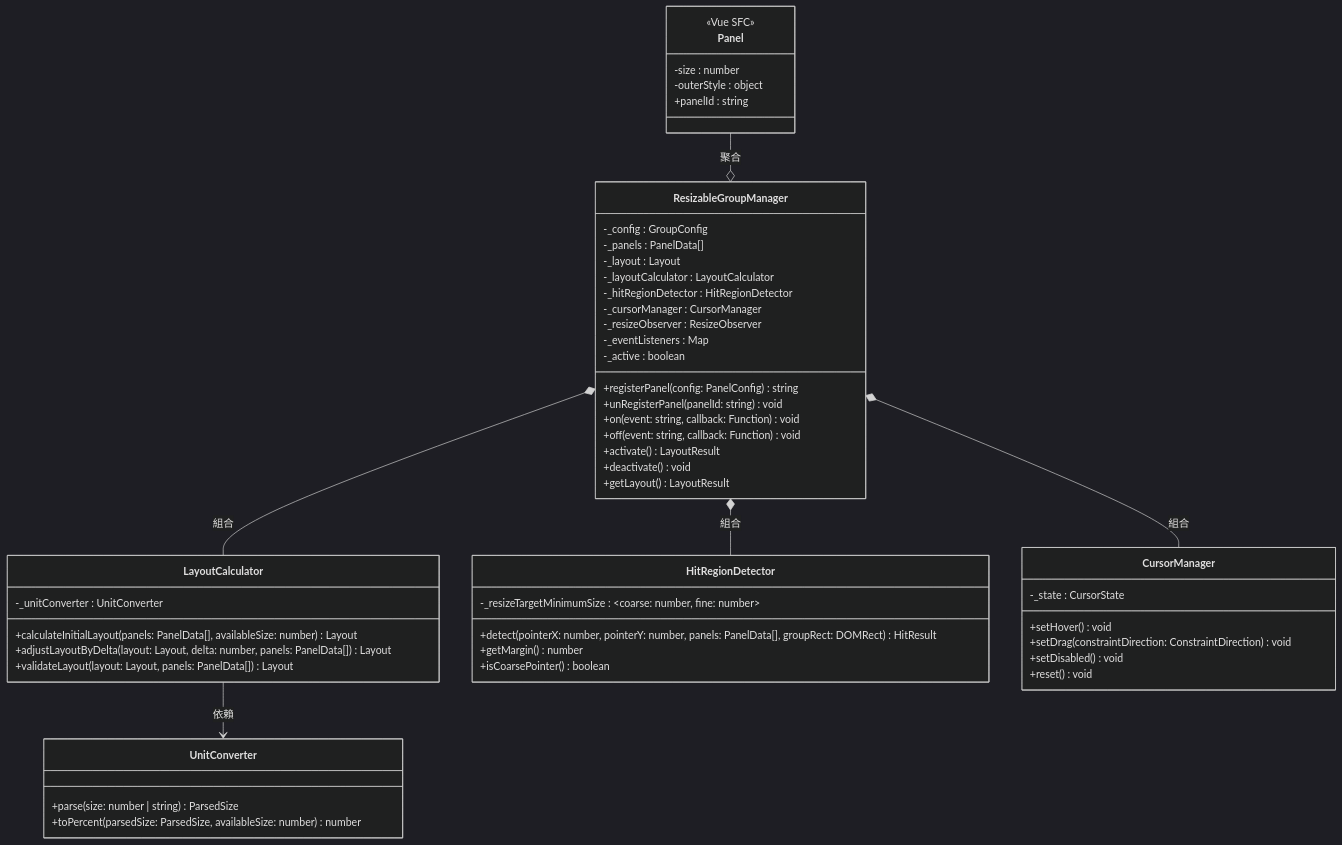
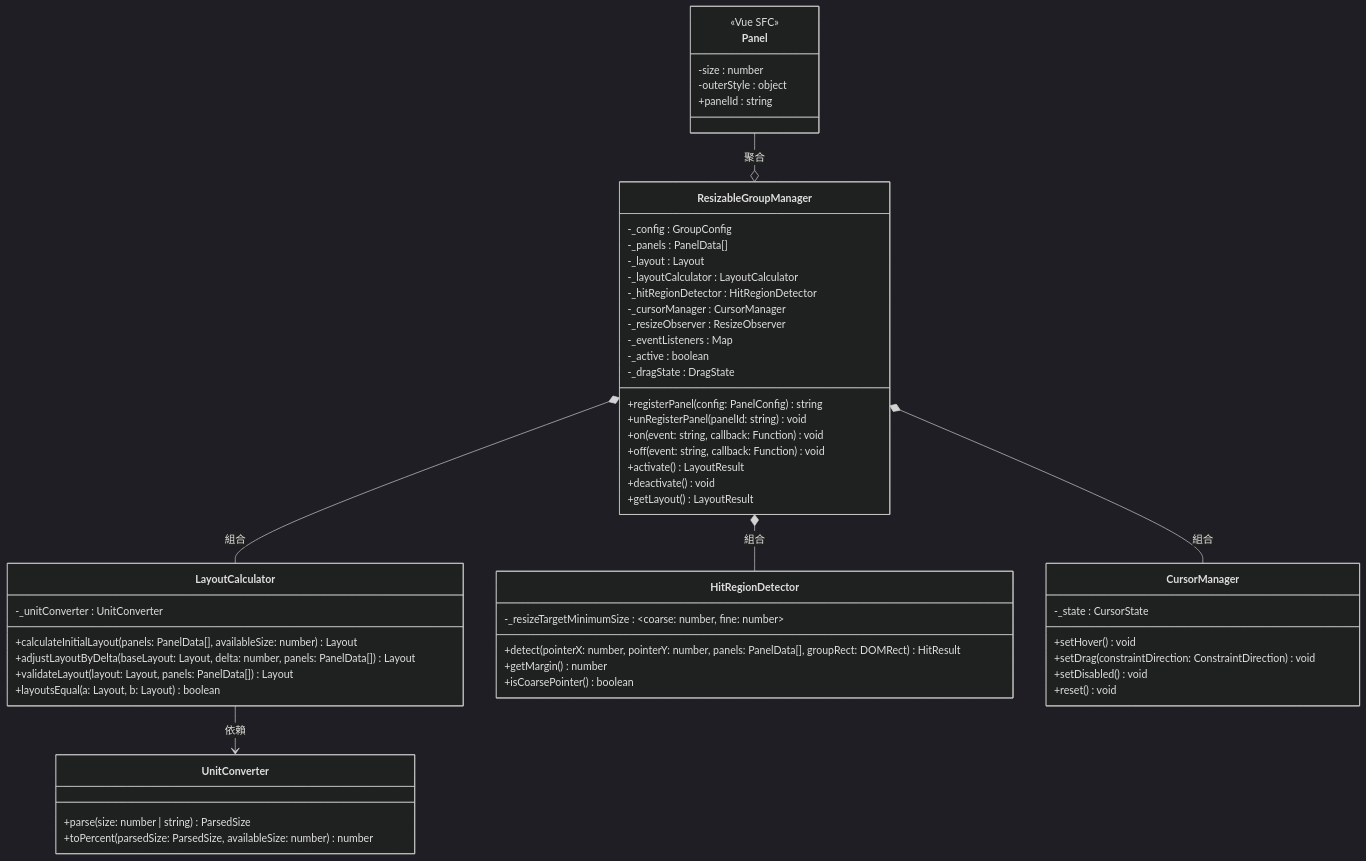
The first of 9 diagrams in V1-SA.md (laidasan/resizable-panel), drawn with Mermaid (dark theme) before and after one commit. The commit also changed other lines of this file and 9 other files, not shown here.

````diff
--- a/V1-SA.md
+++ b/V1-SA.md
@@ -21,63 +21,65 @@
 ```mermaid
 classDiagram
     direction TB
 
     class ResizableGroupManager {
         -_config : GroupConfig
         -_panels : PanelData[]
         -_layout : Layout
         -_layoutCalculator : LayoutCalculator
         -_hitRegionDetector : HitRegionDetector
         -_cursorManager : CursorManager
         -_resizeObserver : ResizeObserver
         -_eventListeners : Map
         -_active : boolean
+        -_dragState : DragState
         +registerPanel(config: PanelConfig) string
         +unRegisterPanel(panelId: string) void
         +on(event: string, callback: Function) void
         +off(event: string, callback: Function) void
         +activate() LayoutResult
         +deactivate() void
         +getLayout() LayoutResult
     }
 
     class LayoutCalculator {
         -_unitConverter : UnitConverter
         +calculateInitialLayout(panels: PanelData[], availableSize: number) Layout
-        +adjustLayoutByDelta(layout: Layout, delta: number, panels: PanelData[]) Layout
+        +adjustLayoutByDelta(baseLayout: Layout, delta: number, panels: PanelData[]) Layout
         +validateLayout(layout: Layout, panels: PanelData[]) Layout
+        +layoutsEqual(a: Layout, b: Layout) boolean
     }
 
     class UnitConverter {
         +parse(size: number | string) ParsedSize
         +toPercent(parsedSize: ParsedSize, availableSize: number) number
     }
 
     class HitRegionDetector {
         -_resizeTargetMinimumSize : ~coarse: number, fine: number~
         +detect(pointerX: number, pointerY: number, panels: PanelData[], groupRect: DOMRect) HitResult
         +getMargin() number
         +isCoarsePointer() boolean
     }
 
     class CursorManager {
         -_state : CursorState
         +setHover() void
         +setDrag(constraintDirection: ConstraintDirection) void
         +setDisabled() void
         +reset() void
     }
 
     class Panel {
         <<Vue SFC>>
         -size : number
         -outerStyle : object
         +panelId : string
     }
 
     ResizableGroupManager *-- LayoutCalculator : 組合
     ResizableGroupManager *-- HitRegionDetector : 組合
     ResizableGroupManager *-- CursorManager : 組合
     Panel --o ResizableGroupManager : 聚合
     LayoutCalculator --> UnitConverter : 依賴
 ```
````
